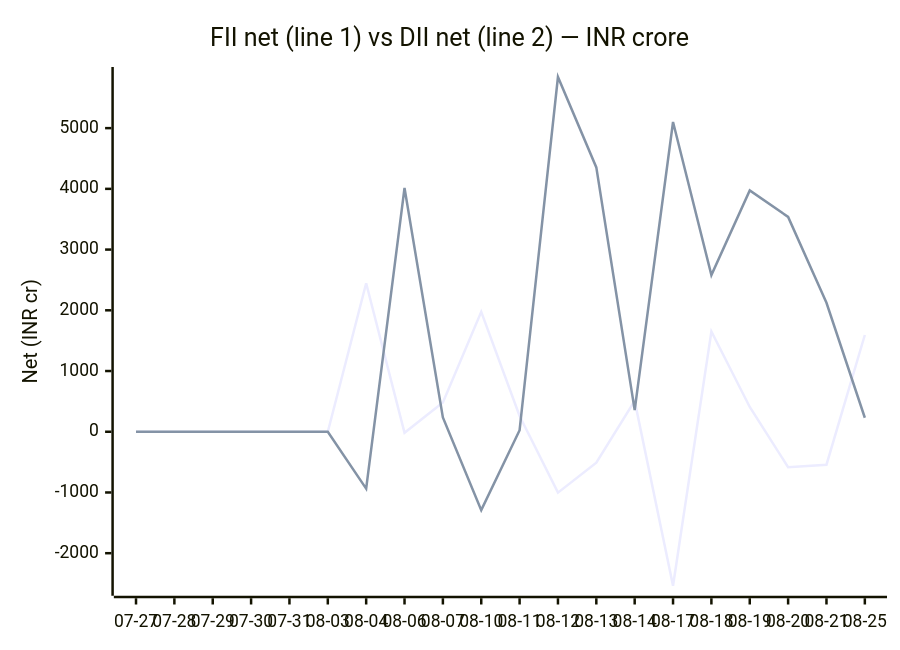
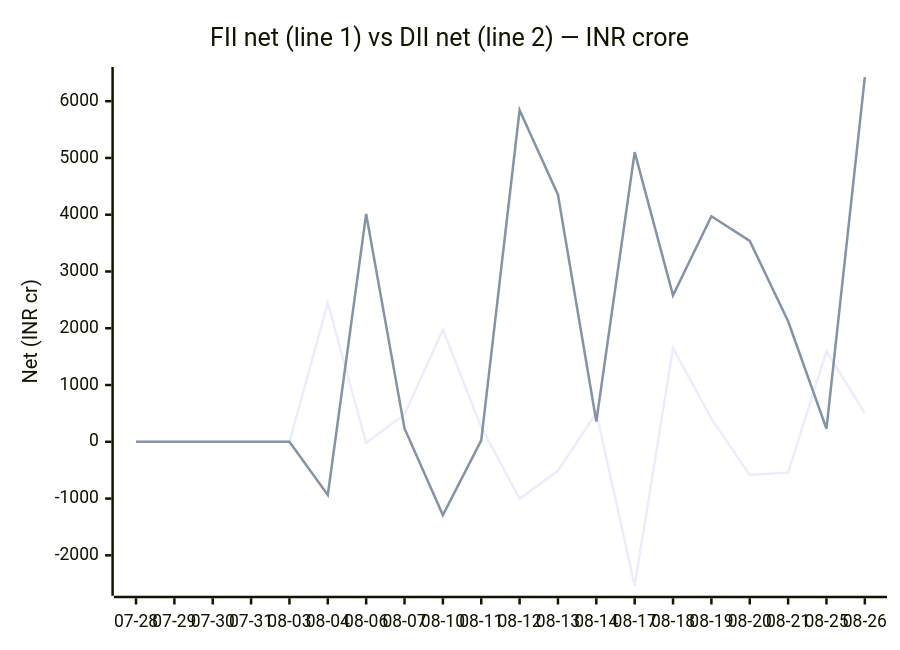
One commit to chirag127/fii-dii-activity-api changed the second of 2 diagrams in README.md. Above: the diagram before and after it, drawn with Mermaid. The commit also changed 2 other files, not shown here.

Commit message:
data: scrape 2026-08-27

````diff
--- a/README.md
+++ b/README.md
@@ -53,8 +53,8 @@
 ```mermaid
 xychart-beta
     title "FII net (line 1) vs DII net (line 2) — INR crore"
-    x-axis ["07-27", "07-28", "07-29", "07-30", "07-31", "08-03", "08-04", "08-06", "08-07", "08-10", "08-11", "08-12", "08-13", "08-14", "08-17", "08-18", "08-19", "08-20", "08-21", "08-25"]
-    y-axis "Net (INR cr)" -2536 --> 5842
-    line [0, 0, 0, 0, 0, 0, 2446.47, -17.86, 480.24, 1974.76, 258.55, -1002.5, -510.69, 508.12, -2535.1, 1651.53, 407.99, -583.36, -542.71, 1593.53]
-    line [0, 0, 0, 0, 0, 0, -936.14, 4013.6, 235.56, -1290.29, 24.77, 5841.66, 4353.09, 356.4, 5101.46, 2579.31, 3973.72, 3537.71, 2124.14, 230.26]
+    x-axis ["07-28", "07-29", "07-30", "07-31", "08-03", "08-04", "08-06", "08-07", "08-10", "08-11", "08-12", "08-13", "08-14", "08-17", "08-18", "08-19", "08-20", "08-21", "08-25", "08-26"]
+    y-axis "Net (INR cr)" -2536 --> 6426
+    line [0, 0, 0, 0, 0, 2446.47, -17.86, 480.24, 1974.76, 258.55, -1002.5, -510.69, 508.12, -2535.1, 1651.53, 407.99, -583.36, -542.71, 1593.53, 502.63]
+    line [0, 0, 0, 0, 0, -936.14, 4013.6, 235.56, -1290.29, 24.77, 5841.66, 4353.09, 356.4, 5101.46, 2579.31, 3973.72, 3537.71, 2124.14, 230.26, 6425.16]
 ```
````
